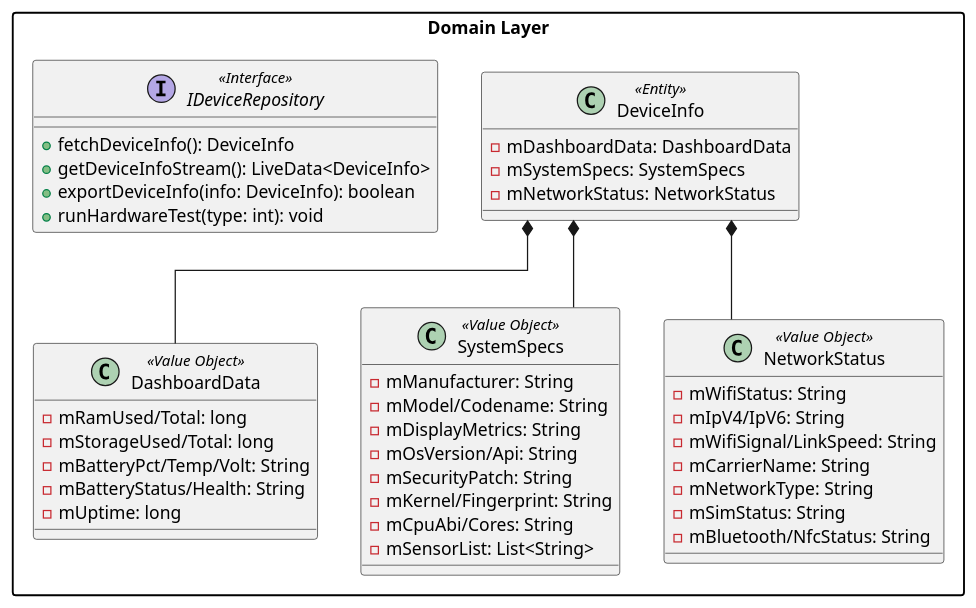
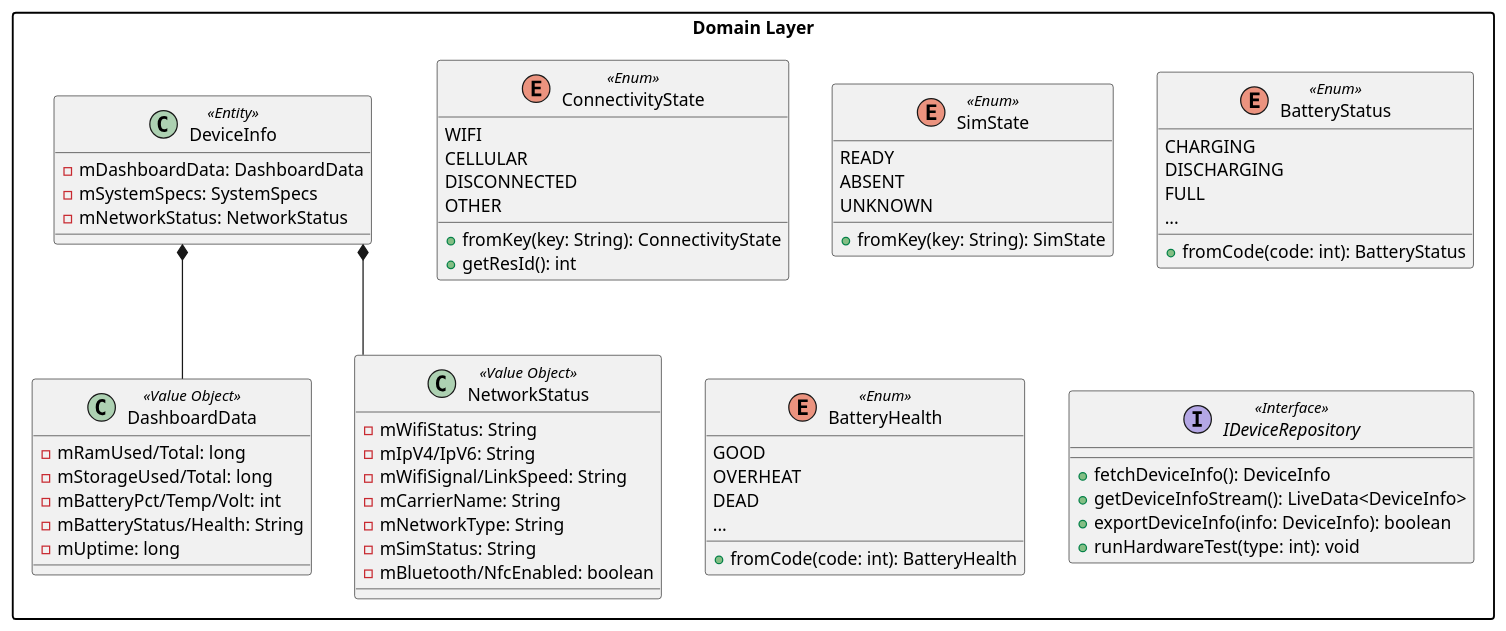
The diagram in MyDeviceInfo/class_design_domain.puml (doremichen/adam_game), drawn with PlantUML before and after one commit. The commit also changed 35 other files, not shown here.

```diff
--- a/MyDeviceInfo/class_design_domain.puml
+++ b/MyDeviceInfo/class_design_domain.puml
@@ -1,52 +1,72 @@
 @startuml
 skinparam linetype ortho
 skinparam packageStyle rectangle
 
 package "Domain Layer" {
     class DeviceInfo <<Entity>> {
         - mDashboardData: DashboardData
         - mSystemSpecs: SystemSpecs
         - mNetworkStatus: NetworkStatus
     }
 
     class DashboardData <<Value Object>> {
         - mRamUsed/Total: long
         - mStorageUsed/Total: long
-        - mBatteryPct/Temp/Volt: String
+        - mBatteryPct/Temp/Volt: int
         - mBatteryStatus/Health: String
         - mUptime: long
-    }
-
-    class SystemSpecs <<Value Object>> {
-        - mManufacturer: String
-        - mModel/Codename: String
-        - mDisplayMetrics: String
-        - mOsVersion/Api: String
-        - mSecurityPatch: String
-        - mKernel/Fingerprint: String
-        - mCpuAbi/Cores: String
-        - mSensorList: List<String>
     }
 
     class NetworkStatus <<Value Object>> {
         - mWifiStatus: String
         - mIpV4/IpV6: String
         - mWifiSignal/LinkSpeed: String
         - mCarrierName: String
         - mNetworkType: String
         - mSimStatus: String
-        - mBluetooth/NfcStatus: String
+        - mBluetooth/NfcEnabled: boolean
+    }
+
+    enum ConnectivityState <<Enum>> {
+        WIFI
+        CELLULAR
+        DISCONNECTED
+        OTHER
+        + fromKey(key: String): ConnectivityState
+        + getResId(): int
+    }
+
+    enum SimState <<Enum>> {
+        READY
+        ABSENT
+        UNKNOWN
+        + fromKey(key: String): SimState
+    }
+
+    enum BatteryStatus <<Enum>> {
+        CHARGING
+        DISCHARGING
+        FULL
+        ...
+        + fromCode(code: int): BatteryStatus
+    }
+
+    enum BatteryHealth <<Enum>> {
+        GOOD
+        OVERHEAT
+        DEAD
+        ...
+        + fromCode(code: int): BatteryHealth
     }
 
     interface IDeviceRepository <<Interface>> {
         + fetchDeviceInfo(): DeviceInfo
         + getDeviceInfoStream(): LiveData<DeviceInfo>
         + exportDeviceInfo(info: DeviceInfo): boolean
         + runHardwareTest(type: int): void
     }
 
     DeviceInfo *-- DashboardData
-    DeviceInfo *-- SystemSpecs
     DeviceInfo *-- NetworkStatus
 }
 @enduml
```
